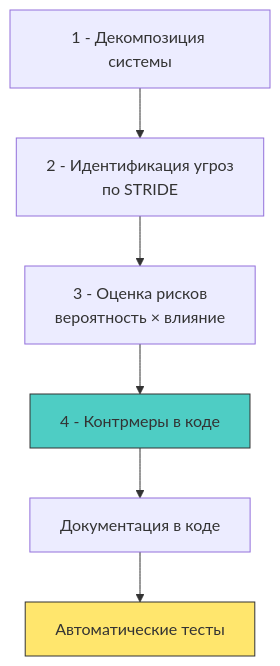
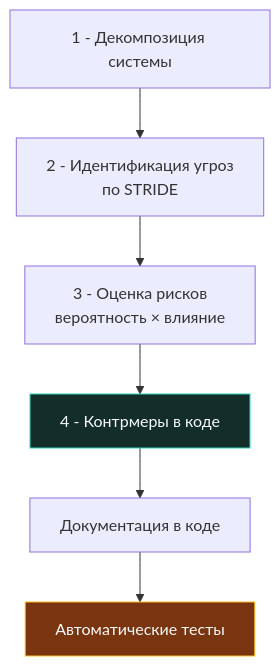
One commit to UnrealTemplier/go-textbook changed the second of 3 diagrams in sources/17. Безопасность (AppSec в Go)/01. Фундамент/2. Threat modeling и attack surface.md. Above: the diagram before and after it, drawn with Mermaid. The commit also changed other lines of this file and 310 other files, not shown here.

First line of the commit message:
fix(mermaid): replace light fill colors with dark palette for readability on dark theme

````diff
--- a/sources/17. Безопасность (AppSec в Go)/01. Фундамент/2. Threat modeling и attack surface.md
+++ b/sources/17. Безопасность (AppSec в Go)/01. Фундамент/2. Threat modeling и attack surface.md
@@ -147,12 +147,12 @@
 ```mermaid
 flowchart TD
     A["1 - Декомпозиция системы"] --> B["2 - Идентификация угроз<br>по STRIDE"]
     B --> C["3 - Оценка рисков<br>вероятность × влияние"]
     C --> D["4 - Контрмеры в коде"]
     
     D --> E["Документация в коде"]
     E --> F["Автоматические тесты"]
     
-    style D fill:#4ecdc4,stroke:#333
-    style F fill:#ffe66d,stroke:#333
+    style D fill:#132d29,stroke:#2dd4bf,color:#f8fafc
+    style F fill:#78350f,stroke:#fbbf24,color:#f8fafc
 ```
````
